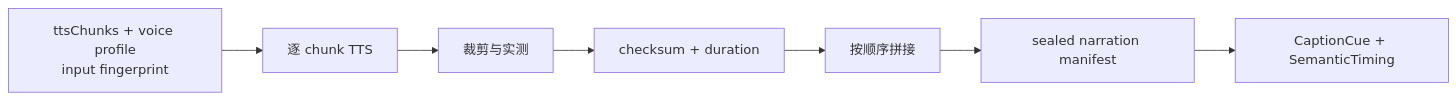
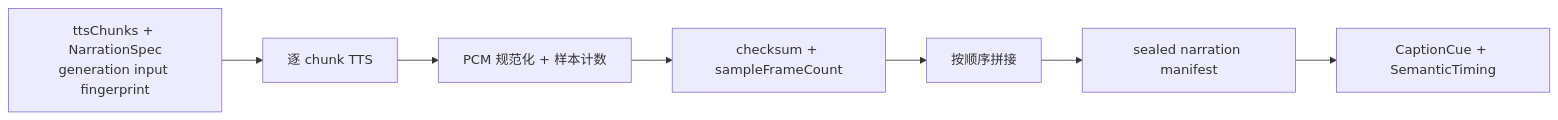
One commit to AXMORF/axmorf-studio changed the second of 2 diagrams in docs/DETERMINISTIC_EXECUTION.md. Above: the diagram before and after it, drawn with Mermaid. The commit also changed other lines of this file and 11 other files, not shown here.

````diff
--- a/docs/DETERMINISTIC_EXECUTION.md
+++ b/docs/DETERMINISTIC_EXECUTION.md
@@ -128,9 +252,9 @@
 ```mermaid
 flowchart LR
-    Input["ttsChunks + voice profile<br/>input fingerprint"] --> Generate["逐 chunk TTS"]
-    Generate --> Measure["裁剪与实测"]
-    Measure --> Hash["checksum + duration"]
+    Input["ttsChunks + NarrationSpec<br/>generation input fingerprint"] --> Generate["逐 chunk TTS"]
+    Generate --> Measure["PCM 规范化 + 样本计数"]
+    Measure --> Hash["checksum + sampleFrameCount"]
     Hash --> Concat["按顺序拼接"]
     Concat --> Receipt["sealed narration manifest"]
     Receipt --> Timing["CaptionCue + SemanticTiming"]
 ```
````
